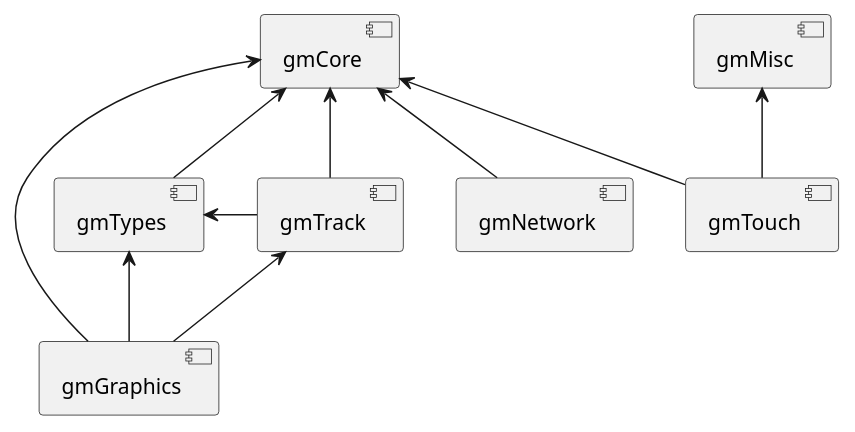
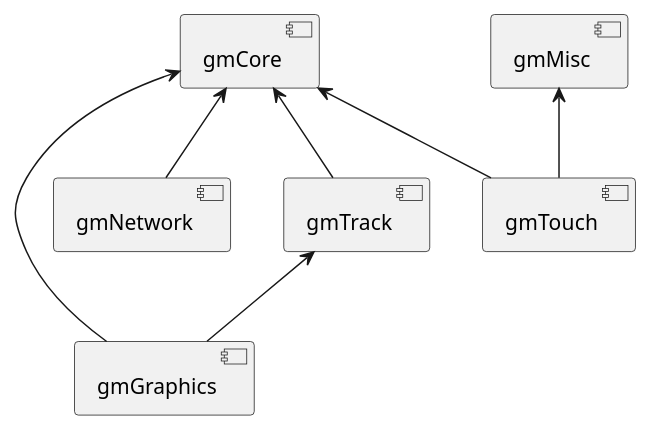
One commit to karlun/gramods changed the first of 2 diagrams in README.md. Above: the diagram before and after it, drawn with PlantUML. The commit also changed other lines of this file and 81 other files, not shown here.

Commit message:
refactor: Move types from gmTypes to gmCore

```diff
--- a/README.md
+++ b/README.md
@@ -110,18 +109,14 @@
 @startuml component
 component gmCore
 component gmNetwork
 component gmTrack
 component gmGraphics
-component gmTypes
 component gmMisc
 component gmTouch
 gmCore <-- gmNetwork
 gmCore <- gmGraphics
 gmCore <-- gmTrack
-gmTypes <- gmTrack
 gmCore <-- gmTouch
 gmMisc <-- gmTouch
 gmTrack <-- gmGraphics
-gmTypes <-- gmGraphics
-gmCore <- gmTypes
 @enduml
```
